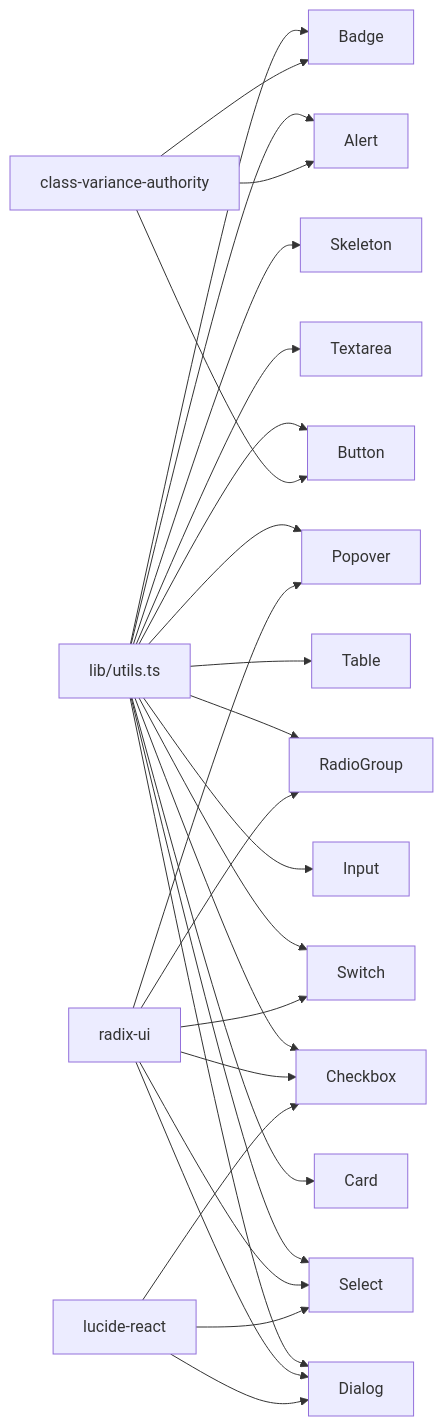
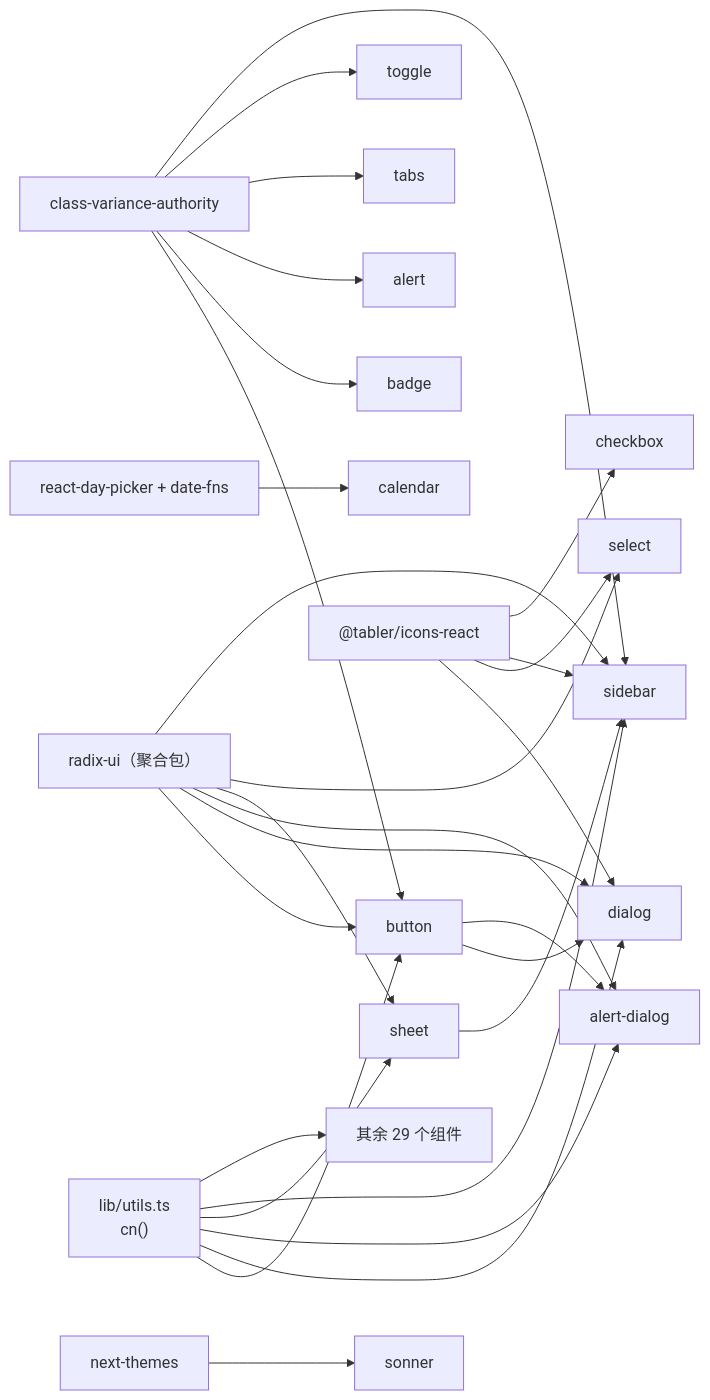
Before and after one commit to x01n/My-OpenWaf: the seventh of 7 diagrams in docs/前端管理界面/组件设计模式/UI 原子组件模式.md, drawn with Mermaid. The commit also changed other lines of this file and 622 other files, not shown here.

````diff
--- a/docs/前端管理界面/组件设计模式/UI 原子组件模式.md
+++ b/docs/前端管理界面/组件设计模式/UI 原子组件模式.md
@@ -381,33 +504,30 @@
 ```mermaid
 graph LR
-utils["lib/utils.ts"]
-cva["class-variance-authority"]
-radix["radix-ui"]
-icons["lucide-react"]
-utils --> btn["Button"]
-utils --> card["Card"]
-utils --> input["Input"]
-utils --> dialog["Dialog"]
-utils --> table["Table"]
-utils --> alert["Alert"]
-utils --> badge["Badge"]
-utils --> select["Select"]
-utils --> textarea["Textarea"]
-utils --> skeleton["Skeleton"]
-utils --> switch["Switch"]
-utils --> checkbox["Checkbox"]
-utils --> radio_group["RadioGroup"]
-utils --> popover["Popover"]
-cva --> btn
-cva --> alert
-cva --> badge
-radix --> dialog
-radix --> select
-radix --> switch
-radix --> checkbox
-radix --> radio_group
-radix --> popover
-icons --> dialog
-icons --> select
-icons --> checkbox
+  utils["lib/utils.ts<br/>cn()"] --> btn["button"]
+  utils --> dialog["dialog"]
+  utils --> alertdlg["alert-dialog"]
+  utils --> sheet["sheet"]
+  utils --> sidebar["sidebar"]
+  utils --> others["其余 29 个组件"]
+  cva["class-variance-authority"] --> btn
+  cva --> badge["badge"]
+  cva --> alertc["alert"]
+  cva --> tabs["tabs"]
+  cva --> toggle["toggle"]
+  cva --> sidebar
+  radix["radix-ui（聚合包）"] --> btn
+  radix --> dialog
+  radix --> alertdlg
+  radix --> sheet
+  radix --> select["select"]
+  radix --> sidebar
+  tabler["@tabler/icons-react"] --> dialog
+  tabler --> select
+  tabler --> sidebar
+  tabler --> checkbox["checkbox"]
+  btn --> dialog
+  btn --> alertdlg
+  sheet --> sidebar
+  rdp["react-day-picker + date-fns"] --> calendar["calendar"]
+  nextthemes["next-themes"] --> sonner["sonner"]
 ```
````
